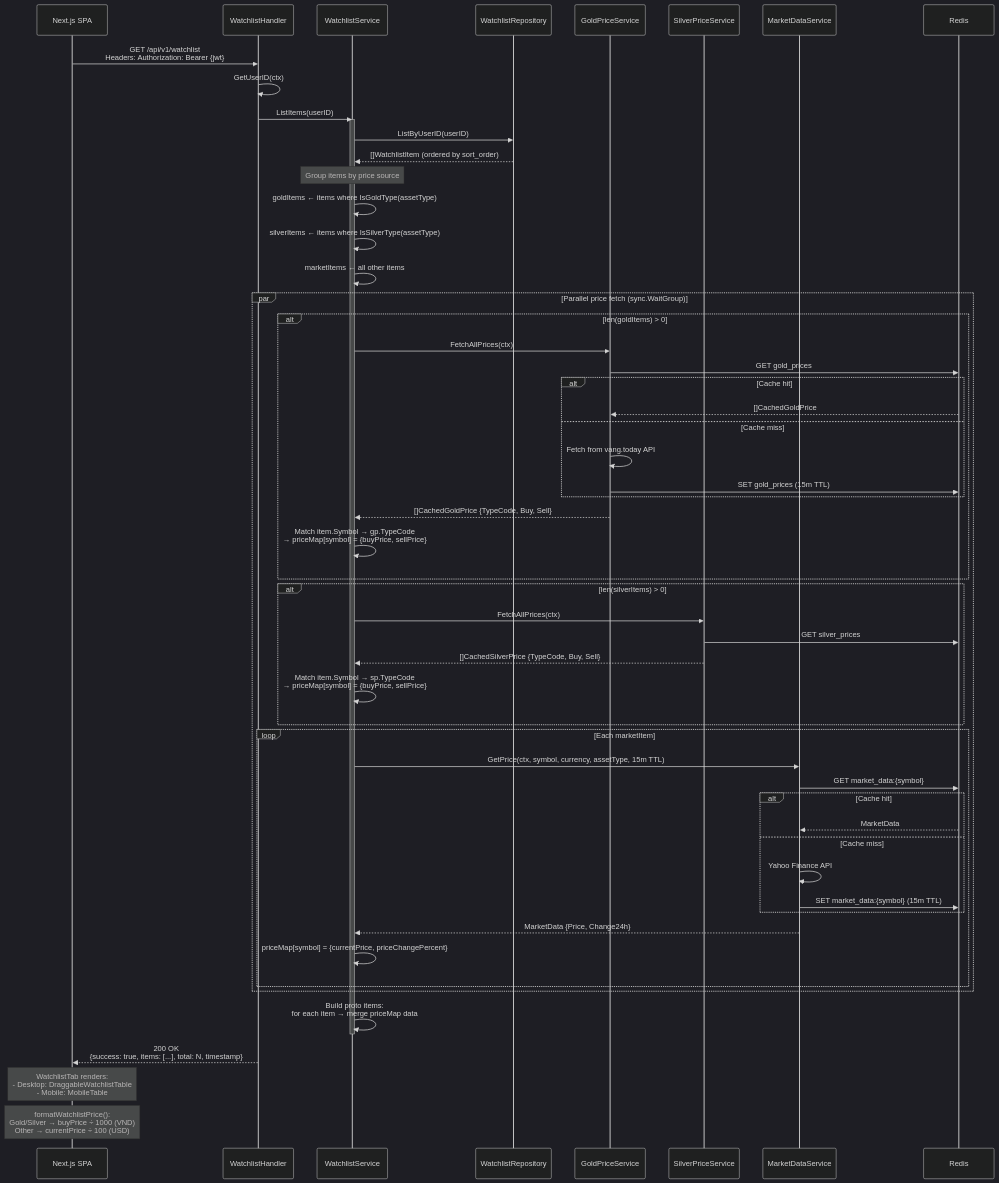
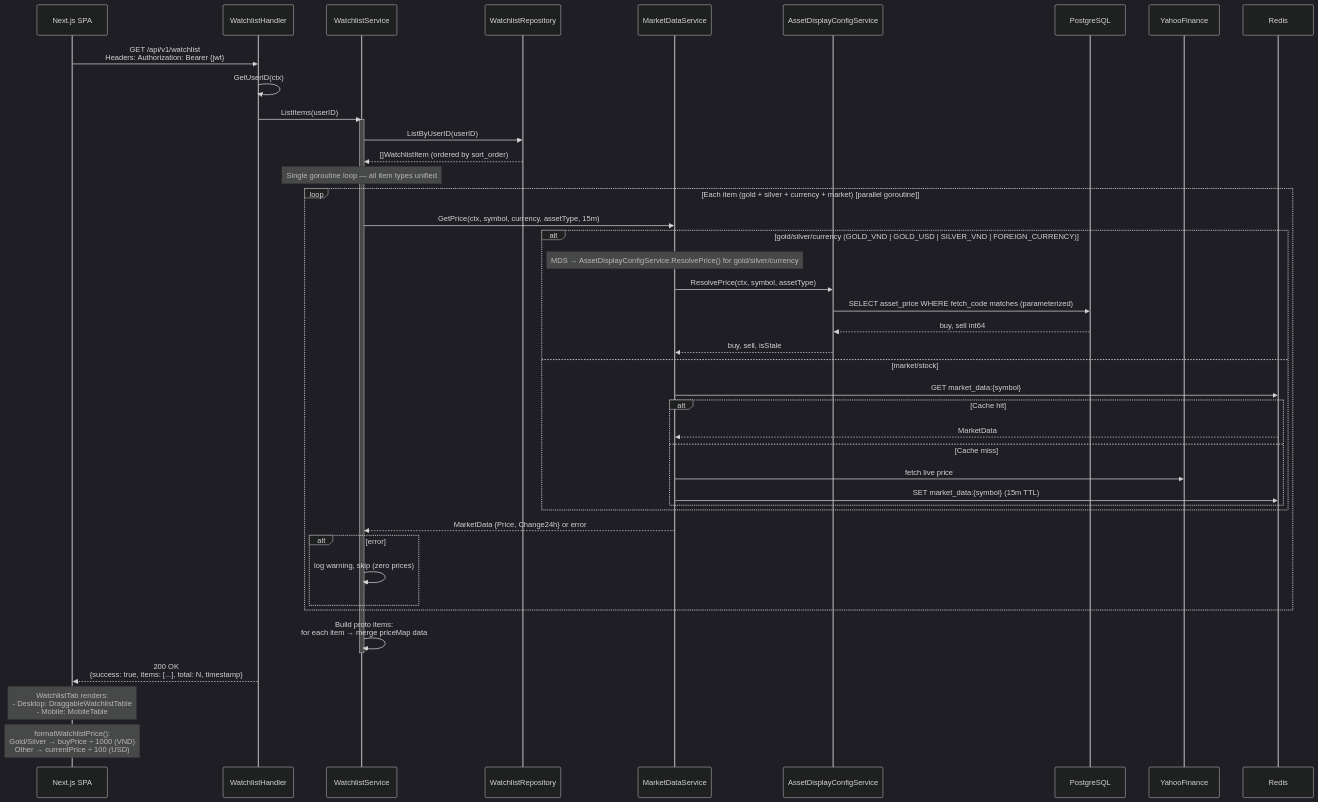
Before and after one commit to khanhnq1406/wealth-journey: the second of 6 diagrams in docs/architecture/flow-watchlist.md, drawn with Mermaid (dark theme). The commit also changed 1 other file, not shown here.

Commit message:
docs: update flow-watchlist to reflect GetPrice-based price enrichment
All watchlist item types (gold/silver/currency/market) now route through
the same MarketDataService.GetPrice() goroutine fan-out. Removes GPS/SPS
participants and type-split blocks; shows unified loop with ADCS delegation
for gold/silver/currency prices.

````diff
--- a/docs/architecture/flow-watchlist.md
+++ b/docs/architecture/flow-watchlist.md
@@ -78,64 +78,51 @@
 ```mermaid
 sequenceDiagram
     participant SPA as Next.js SPA
     participant H as WatchlistHandler
     participant WS as WatchlistService
     participant WR as WatchlistRepository
-    participant GPS as GoldPriceService
-    participant SPS as SilverPriceService
     participant MDS as MarketDataService
+    participant ADCS as AssetDisplayConfigService
+    participant DB as PostgreSQL
+    participant YF as YahooFinance
     participant R as Redis
 
     SPA->>H: GET /api/v1/watchlist<br/>Headers: Authorization: Bearer {jwt}
     H->>H: GetUserID(ctx)
     H->>WS: ListItems(userID)
 
     activate WS
     WS->>WR: ListByUserID(userID)
     WR-->>WS: []WatchlistItem (ordered by sort_order)
 
-    Note over WS: Group items by price source
-    WS->>WS: goldItems ← items where IsGoldType(assetType)
-    WS->>WS: silverItems ← items where IsSilverType(assetType)
-    WS->>WS: marketItems ← all other items
-
-    par Parallel price fetch (sync.WaitGroup)
-        alt len(goldItems) > 0
-            WS->>GPS: FetchAllPrices(ctx)
-            GPS->>R: GET gold_prices
-            alt Cache hit
-                R-->>GPS: []CachedGoldPrice
-            else Cache miss
-                GPS->>GPS: Fetch from vang.today API
-                GPS->>R: SET gold_prices (15m TTL)
-            end
-            GPS-->>WS: []CachedGoldPrice {TypeCode, Buy, Sell}
-            WS->>WS: Match item.Symbol → gp.TypeCode<br/>→ priceMap[symbol] = {buyPrice, sellPrice}
-        end
-        alt len(silverItems) > 0
-            WS->>SPS: FetchAllPrices(ctx)
-            SPS->>R: GET silver_prices
-            SPS-->>WS: []CachedSilverPrice {TypeCode, Buy, Sell}
-            WS->>WS: Match item.Symbol → sp.TypeCode<br/>→ priceMap[symbol] = {buyPrice, sellPrice}
-        end
-        loop Each marketItem
-            WS->>MDS: GetPrice(ctx, symbol, currency, assetType, 15m TTL)
+    Note over WS: Single goroutine loop — all item types unified
+    loop Each item (gold + silver + currency + market) [parallel goroutine]
+        WS->>MDS: GetPrice(ctx, symbol, currency, assetType, 15m)
+        alt gold/silver/currency (GOLD_VND | GOLD_USD | SILVER_VND | FOREIGN_CURRENCY)
+            Note over MDS: MDS → AssetDisplayConfigService.ResolvePrice() for gold/silver/currency
+            MDS->>ADCS: ResolvePrice(ctx, symbol, assetType)
+            ADCS->>DB: SELECT asset_price WHERE fetch_code matches (parameterized)
+            DB-->>ADCS: buy, sell int64
+            ADCS-->>MDS: buy, sell, isStale
+        else market/stock
             MDS->>R: GET market_data:{symbol}
             alt Cache hit
                 R-->>MDS: MarketData
             else Cache miss
-                MDS->>MDS: Yahoo Finance API
+                MDS->>YF: fetch live price
                 MDS->>R: SET market_data:{symbol} (15m TTL)
             end
-            MDS-->>WS: MarketData {Price, Change24h}
-            WS->>WS: priceMap[symbol] = {currentPrice, priceChangePercent}
+        end
+        MDS-->>WS: MarketData {Price, Change24h} or error
+        alt error
+            WS->>WS: log warning, skip (zero prices)
         end
     end
 
     WS->>WS: Build proto items:<br/>for each item → merge priceMap data
     deactivate WS
 
     H-->>SPA: 200 OK<br/>{success: true, items: [...], total: N, timestamp}
     Note over SPA: WatchlistTab renders:<br/>- Desktop: DraggableWatchlistTable<br/>- Mobile: MobileTable
     Note over SPA: formatWatchlistPrice():<br/>Gold/Silver → buyPrice ÷ 1000 (VND)<br/>Other → currentPrice ÷ 100 (USD)
 ```
````
